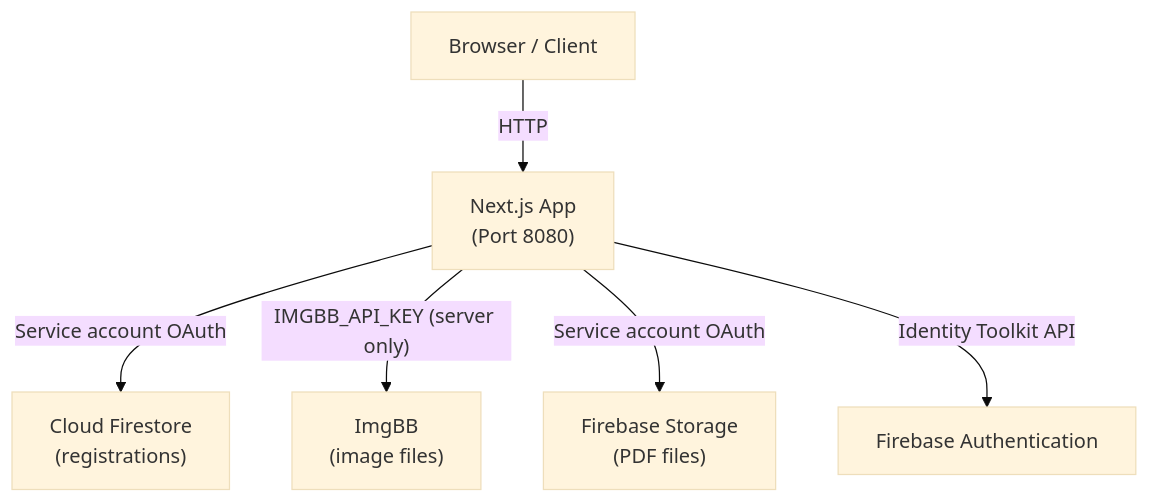
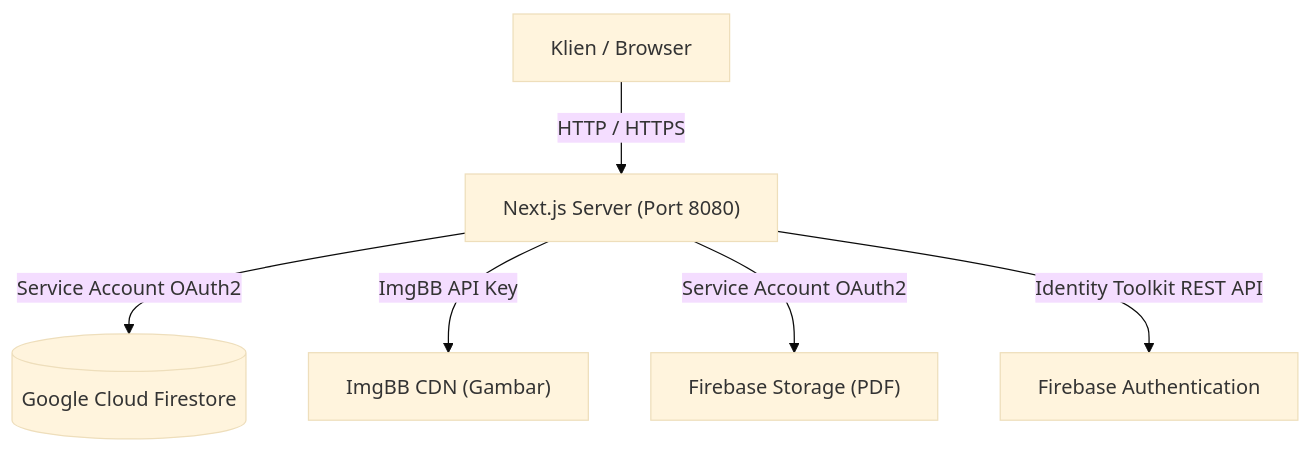
The diagram in README.md (0xHadiRamdhani/BaniMaHub-PPDB), drawn with Mermaid (base theme) before and after one commit. The commit also changed other lines of this file and 8 other files, not shown here.

Commit message:
feat: kelola foto prestasi dan kegiatan via admin, penyimpanan firestore dan imgbb, serta pembaruan antislop readme

````diff
--- a/README.md
+++ b/README.md
@@ -47,15 +110,15 @@
 ```mermaid
 flowchart TD
-    Browser["Browser / Client"]
-    Next["Next.js App\n(Port 8080)"]
-    Firestore["Cloud Firestore\n(registrations)"]
-    ImgBB["ImgBB\n(image files)"]
-    Storage["Firebase Storage\n(PDF files)"]
+    Browser["Klien / Browser"]
+    Next["Next.js Server (Port 8080)"]
+    Firestore[("Google Cloud Firestore")]
+    ImgBB["ImgBB CDN (Gambar)"]
+    Storage["Firebase Storage (PDF)"]
     Auth["Firebase Authentication"]
 
-    Browser -->|HTTP| Next
-    Next -->|"Service account OAuth"| Firestore
-    Next -->|"IMGBB_API_KEY (server only)"| ImgBB
-    Next -->|"Service account OAuth"| Storage
-    Next -->|"Identity Toolkit API"| Auth
+    Browser -->|HTTP / HTTPS| Next
+    Next -->|"Service Account OAuth2"| Firestore
+    Next -->|"ImgBB API Key"| ImgBB
+    Next -->|"Service Account OAuth2"| Storage
+    Next -->|"Identity Toolkit REST API"| Auth
 ```
````
